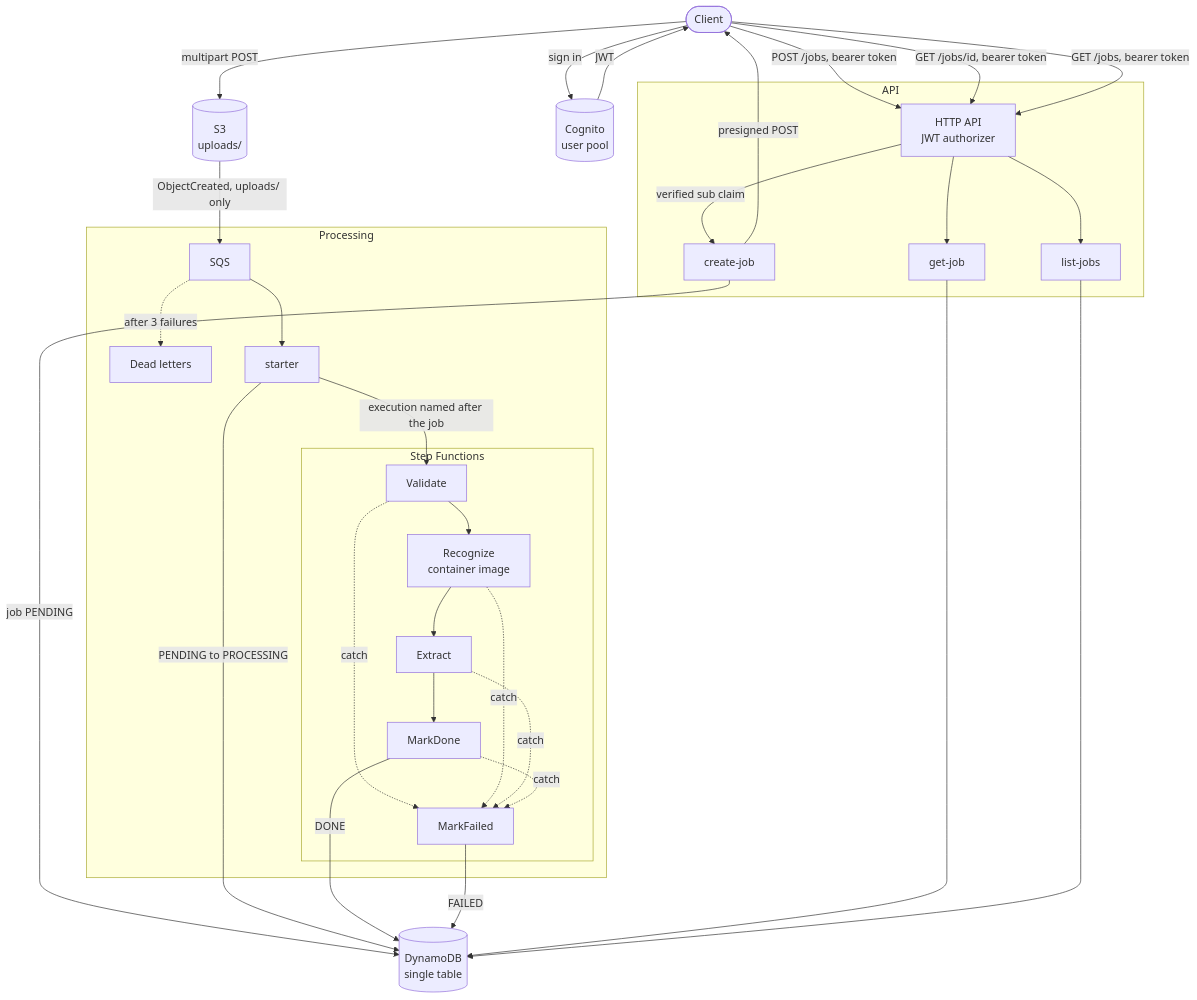
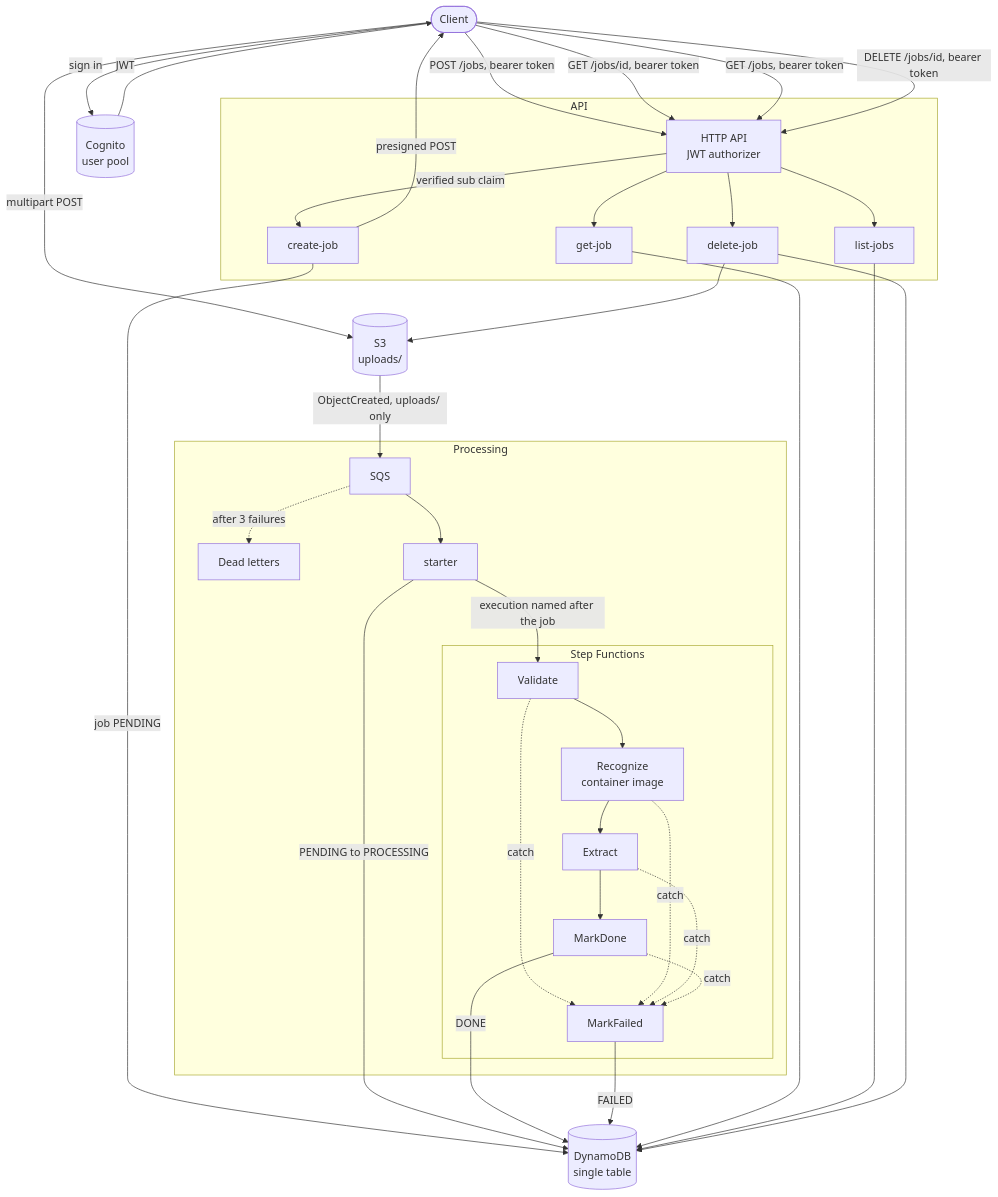
Before and after one commit to Vyzz1/doc-flow: the first of 2 diagrams in docs/architecture.md, drawn with Mermaid. The commit also changed 24 other files, not shown here.

First line of the commit message:
feat(api): add DELETE /jobs/{id} to remove a finished job and its files (#28)

````diff
--- a/docs/architecture.md
+++ b/docs/architecture.md
@@ -31,58 +31,63 @@
 ```mermaid
 flowchart TD
     client(["Client"])
 
     subgraph api["API"]
         gateway["HTTP API<br/>JWT authorizer"]
         createJob["create-job"]
         getJob["get-job"]
         listJobs["list-jobs"]
+        deleteJob["delete-job"]
     end
 
     cognito[("Cognito<br/>user pool")]
 
     subgraph processing["Processing"]
         queue["SQS"]
         dlq["Dead letters"]
         starter["starter"]
 
         subgraph workflow["Step Functions"]
             validate["Validate"]
             recognize["Recognize<br/>container image"]
             extractStep["Extract"]
             markDone["MarkDone"]
             markFailed["MarkFailed"]
         end
     end
 
     table[("DynamoDB<br/>single table")]
     bucket[("S3<br/>uploads/")]
 
     client -->|"sign in"| cognito
     cognito -->|"JWT"| client
     client -->|"POST /jobs, bearer token"| gateway
     gateway -->|"verified sub claim"| createJob
     createJob -->|"job PENDING"| table
     createJob -->|"presigned POST"| client
     client -->|"multipart POST"| bucket
     bucket -->|"ObjectCreated, uploads/ only"| queue
     queue --> starter
     queue -.->|"after 3 failures"| dlq
     starter -->|"PENDING to PROCESSING"| table
     starter -->|"execution named after the job"| validate
     validate --> recognize
     recognize --> extractStep
     extractStep --> markDone
     validate -.->|"catch"| markFailed
     recognize -.->|"catch"| markFailed
     extractStep -.->|"catch"| markFailed
     markDone -.->|"catch"| markFailed
     markDone -->|"DONE"| table
     markFailed -->|"FAILED"| table
     client -->|"GET /jobs/id, bearer token"| gateway
     gateway --> getJob
     getJob --> table
     client -->|"GET /jobs, bearer token"| gateway
     gateway --> listJobs
     listJobs --> table
+    client -->|"DELETE /jobs/id, bearer token"| gateway
+    gateway --> deleteJob
+    deleteJob --> table
+    deleteJob --> bucket
 ```
````
